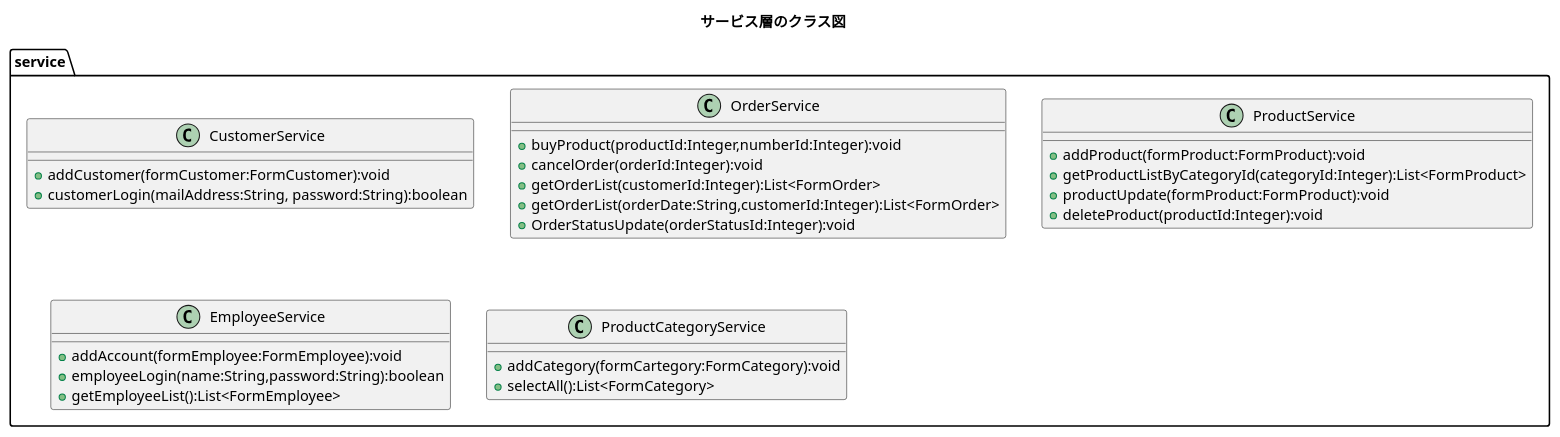
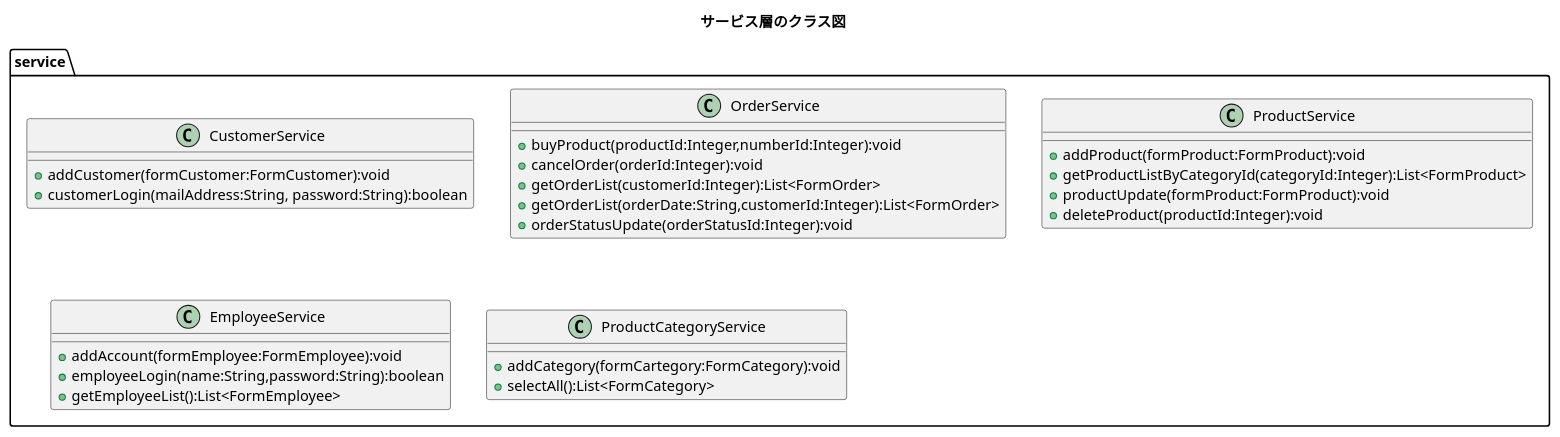
The diagram in plan/uml/class/service.plantuml (kanavii3333/ec-b), drawn with PlantUML before and after one commit. The commit also changed 1 other file, not shown here.

Commit message:
service.plantuml 誤字修正

```diff
--- a/plan/uml/class/service.plantuml
+++ b/plan/uml/class/service.plantuml
@@ -1,36 +1,36 @@
 @startuml
 title サービス層のクラス図
 package service{
 	class CustomerService{
 		+ addCustomer(formCustomer:FormCustomer):void
 		+ customerLogin(mailAddress:String, password:String):boolean
 	}
 	
 	class OrderService{
 		+ buyProduct(productId:Integer,numberId:Integer):void
 		+ cancelOrder(orderId:Integer):void
 		+ getOrderList(customerId:Integer):List<FormOrder>
 		+ getOrderList(orderDate:String,customerId:Integer):List<FormOrder>
-		+ OrderStatusUpdate(orderStatusId:Integer):void
+		+ orderStatusUpdate(orderStatusId:Integer):void
 	}
 	
 	class ProductService{
 		+ addProduct(formProduct:FormProduct):void
 		+ getProductListByCategoryId(categoryId:Integer):List<FormProduct>
 		+ productUpdate(formProduct:FormProduct):void
 		+ deleteProduct(productId:Integer):void
 	}
 
 
 	class EmployeeService{
 		+ addAccount(formEmployee:FormEmployee):void
 		+ employeeLogin(name:String,password:String):boolean
 		+ getEmployeeList():List<FormEmployee>
 	}
 	
 	class ProductCategoryService{
 		+ addCategory(formCartegory:FormCategory):void
 		+ selectAll():List<FormCategory>
 	}	
 }
 @enduml
```
